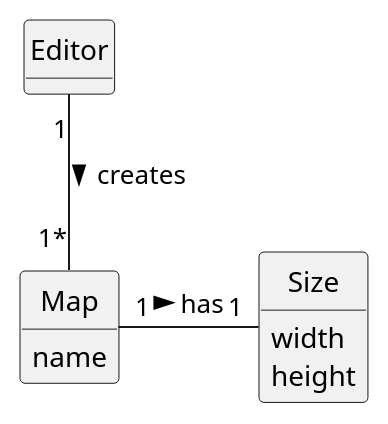
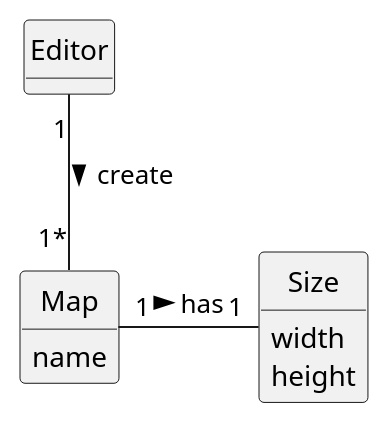
Before and after one commit to 1240826/empire-on-tracks: the diagram in docs/system-documentation/US001/02.analysis/puml/US001-DM.puml, drawn with PlantUML. The commit also changed 1 other file, not shown here.

```diff
--- a/docs/system-documentation/US001/02.analysis/puml/US001-DM.puml
+++ b/docs/system-documentation/US001/02.analysis/puml/US001-DM.puml
@@ -1,26 +1,26 @@
 @startuml
 skinparam monochrome true
 skinparam packageStyle rectangle
 skinparam shadowing false
 skinparam classAttributeIconSize 0
 hide circle
 hide methods
 
 'title US01 - Create a Map (Domain Model)
 
 class Editor {
 }
 class Map {
     name
 
 }
 class Size{
     width
     height
 }
 
 ' --- Relacionamentos ---
-Editor "1" -down- "1*" Map : creates >
+Editor "1" -down- "1*" Map : create >
 Map "1" - "1" Size : has >
 
 @enduml
```
